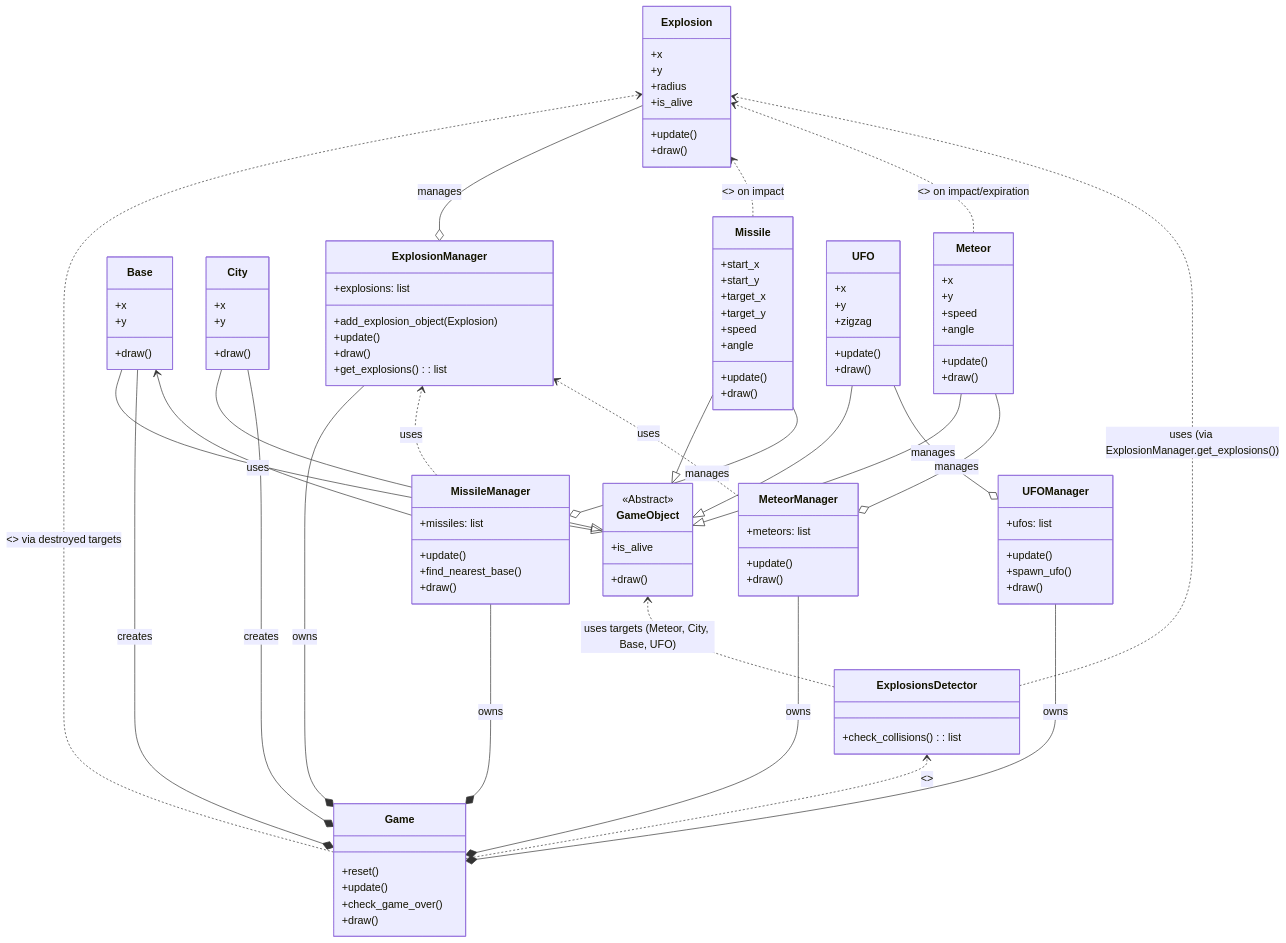
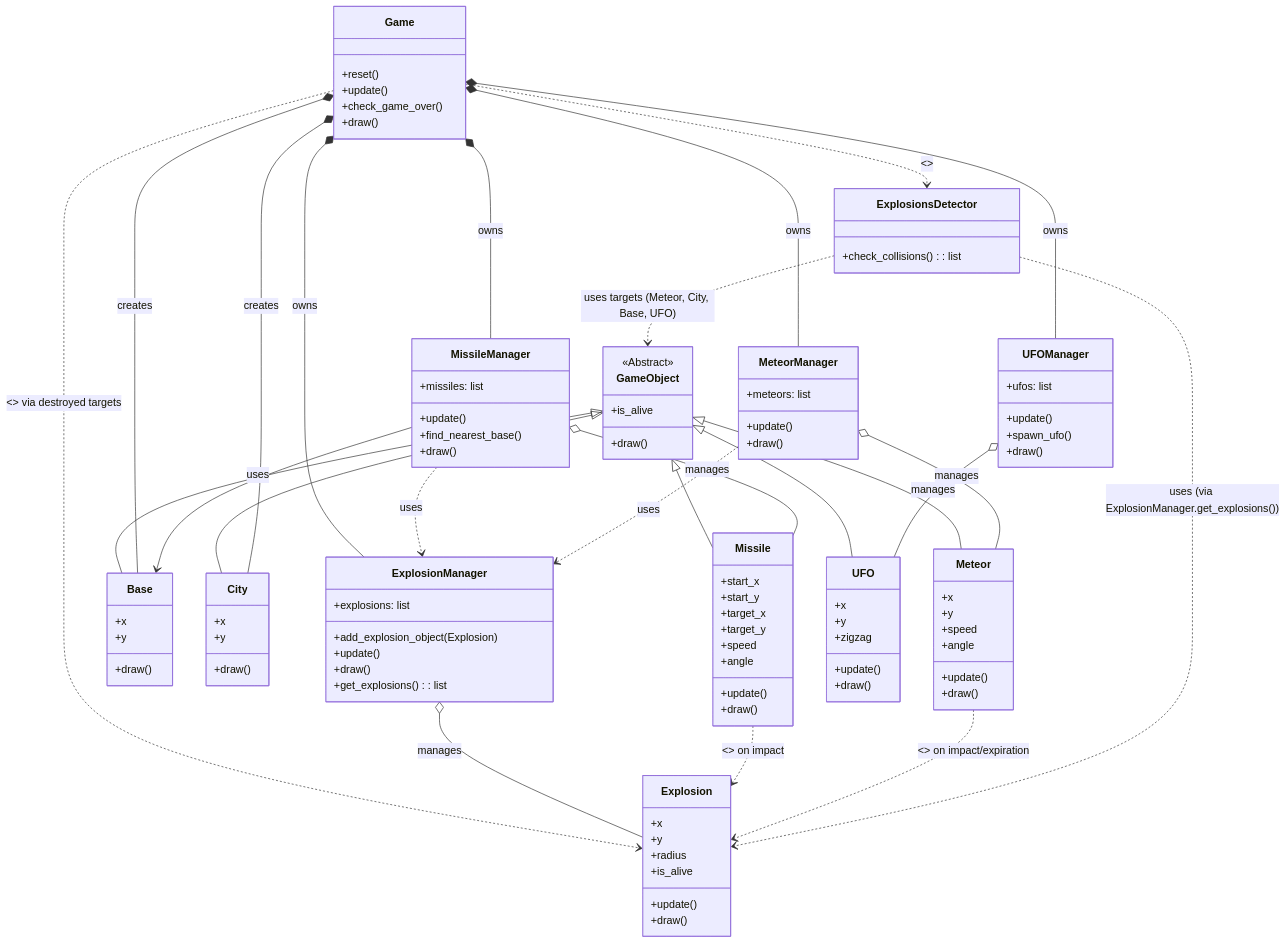
The diagram in class_diagram.md (matsuuramasakazu/missile_command), drawn with Mermaid before and after one commit.

Commit message:
Adjusted the class diagram direction to top-down.
I changed the Mermaid diagram direction from BT (Bottom-to-Top) to TD (Top-to-Down) to display inheritance relationships with base classes at the top and derived classes below, as per your feedback.

````diff
--- a/class_diagram.md
+++ b/class_diagram.md
@@ -1,6 +1,6 @@
 ```mermaid
 classDiagram
-    direction BT
+    direction TD
 
     class Game {
         +reset()
````
